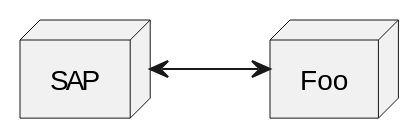
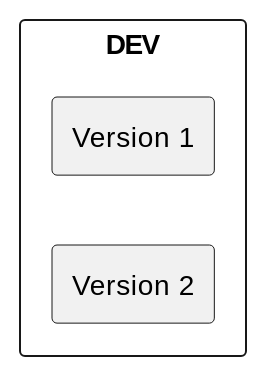
The sixth of 7 diagrams in index.adoc (larshp/fully-abap-ci), drawn with PlantUML before and after one commit. The commit also changed other lines of this file and 2 other files, not shown here.

```diff
--- a/index.adoc
+++ b/index.adoc
@@ -14,10 +143,9 @@
-[plantuml, components, svg]
+[plantuml, foobar2, svg]
 ....
 left to right direction
 skinparam monochrome true
-
-node "Foo" as backend
-node "SAP" as frontend
-
-frontend <--> backend
+rectangle DEV {
+  rectangle "Version 1" as ver1
+  rectangle "Version 2" as ver2
+}
 ....
```
